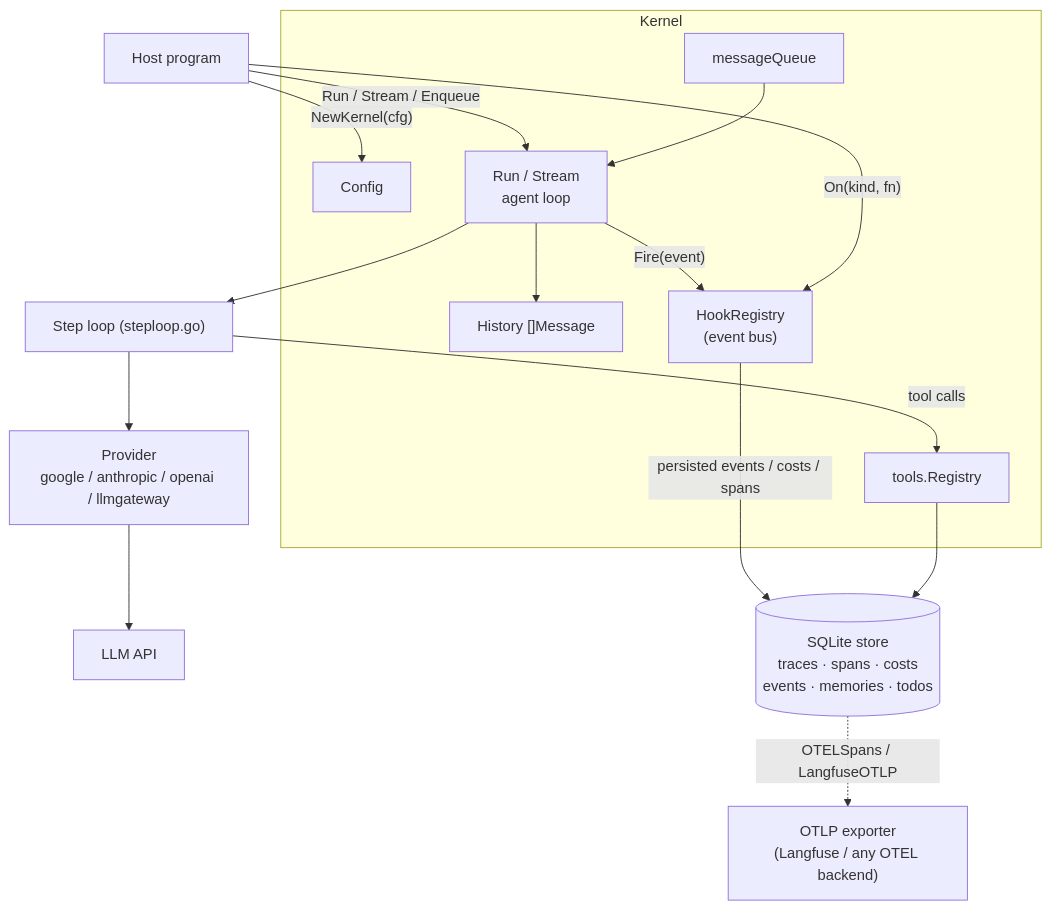
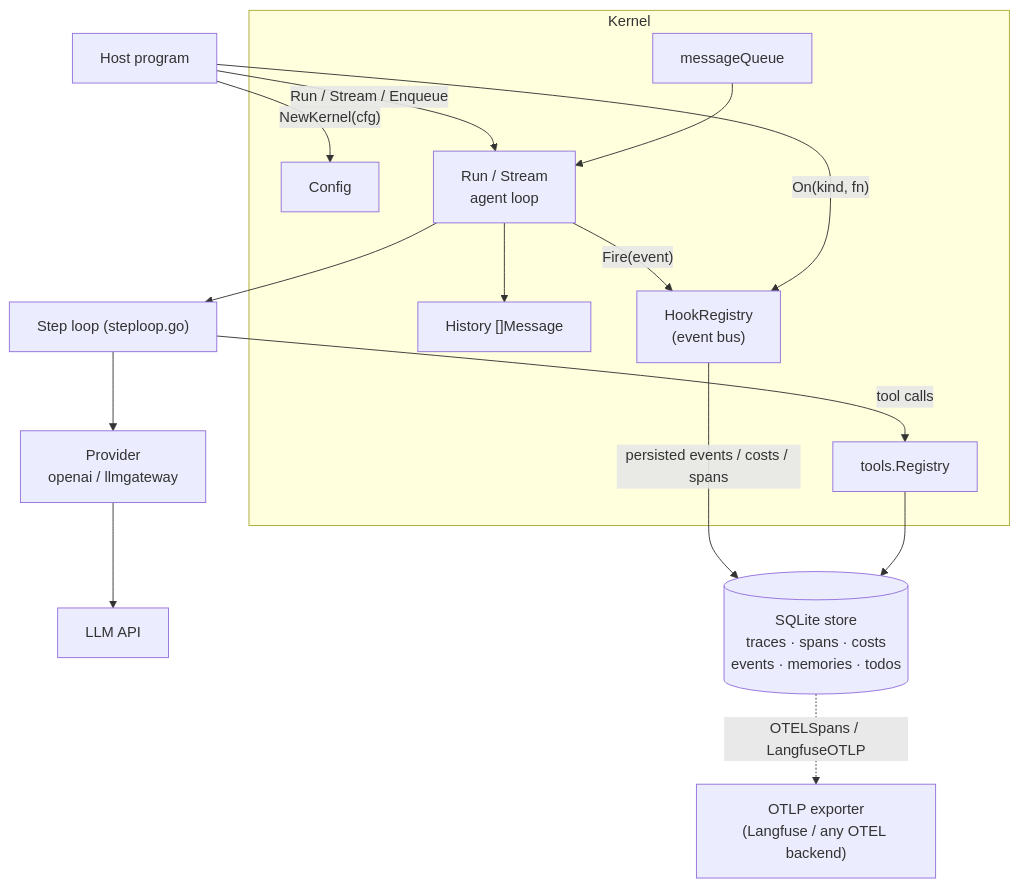
The first of 7 diagrams in assets/ARCHITECTURE.md (yashbonde/toroid-kernel), drawn with Mermaid before and after one commit. The commit also changed other lines of this file and 22 other files, not shown here.

First line of the commit message:
feat!: drop native Anthropic provider; add background bash and internet prompt

````diff
--- a/assets/ARCHITECTURE.md
+++ b/assets/ARCHITECTURE.md
@@ -17,31 +17,31 @@
 ```mermaid
 flowchart TB
   host["Host program"]
   subgraph K["Kernel"]
     cfg["Config"]
     loop["Run / Stream<br/>agent loop"]
     hist["History []Message"]
     hooks["HookRegistry<br/>(event bus)"]
     reg["tools.Registry"]
     queue["messageQueue"]
   end
   fan["Step loop (steploop.go)"]
-  prov["Provider<br/>google / anthropic / openai / llmgateway"]
+  prov["Provider<br/>openai / llmgateway"]
   llm["LLM API"]
   sqlite[("SQLite store<br/>traces · spans · costs<br/>events · memories · todos")]
   otlp["OTLP exporter<br/>(Langfuse / any OTEL backend)"]
 
   host -->|"NewKernel(cfg)"| cfg
   host -->|"Run / Stream / Enqueue"| loop
   loop --> hist
   loop --> fan
   fan --> prov
   prov --> llm
   fan -->|"tool calls"| reg
   loop -->|"Fire(event)"| hooks
   hooks -->|"persisted events / costs / spans"| sqlite
   reg --> sqlite
   host -->|"On(kind, fn)"| hooks
   sqlite -.->|"OTELSpans / LangfuseOTLP"| otlp
   queue --> loop
 ```
````
